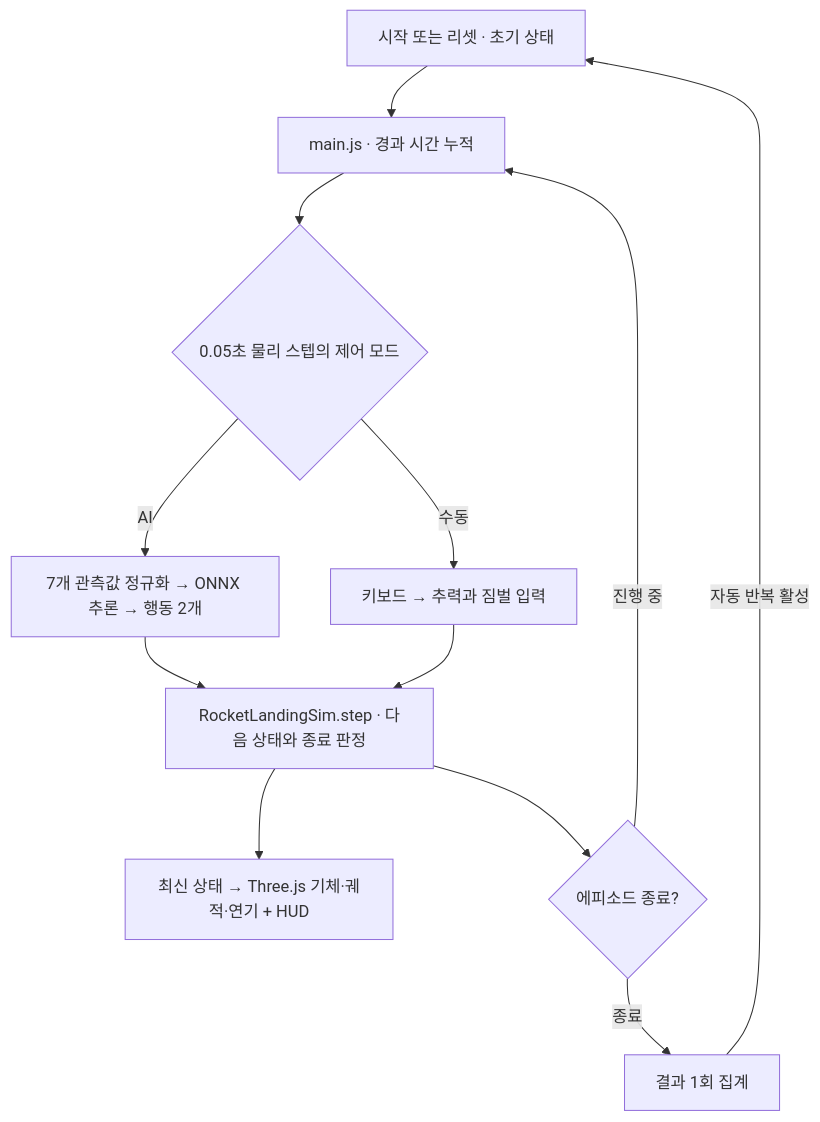
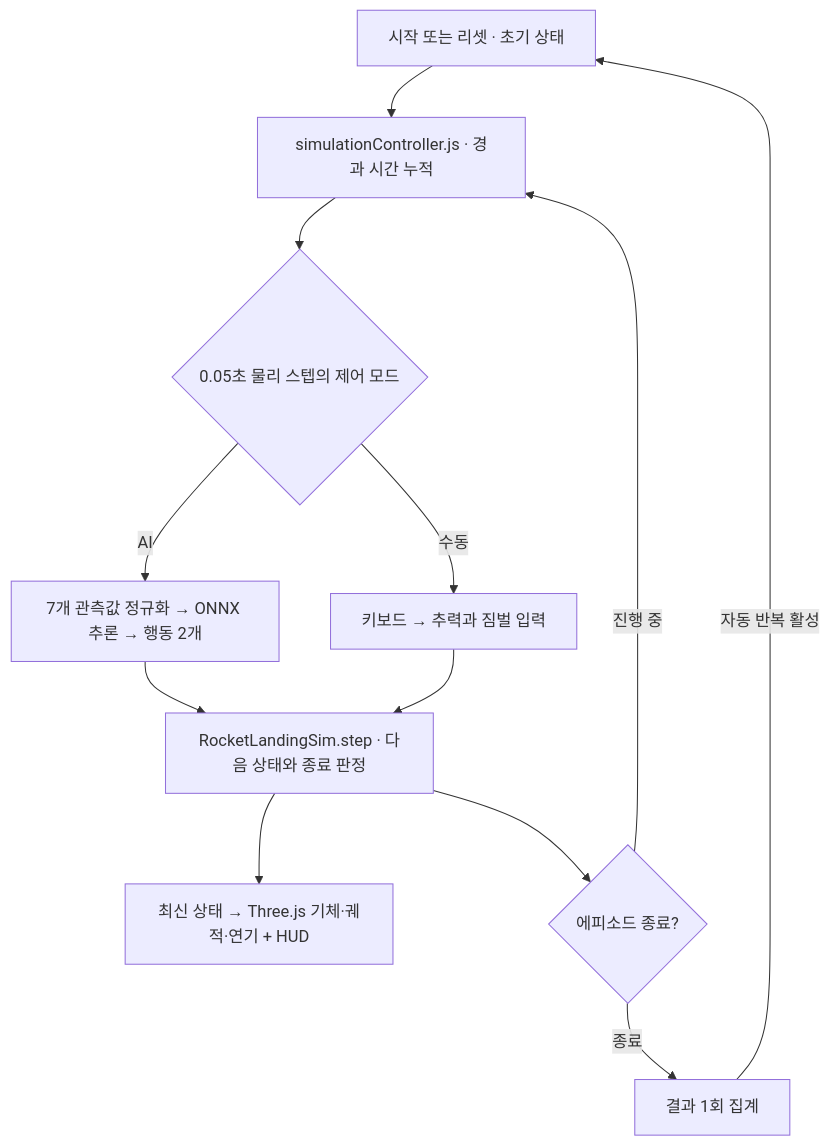
The second of 2 diagrams in docs/development-pipeline.md (woojun1111/Virtual-Launch-Lab), drawn with Mermaid before and after one commit. The commit also changed other lines of this file and 20 other files, not shown here.

````diff
--- a/docs/development-pipeline.md
+++ b/docs/development-pipeline.md
@@ -28,14 +28,14 @@
 ```mermaid
 flowchart TB
-  R["시작 또는 리셋 · 초기 상태"] --> A["main.js · 경과 시간 누적"]
+  R["시작 또는 리셋 · 초기 상태"] --> A["simulationController.js · 경과 시간 누적"]
   A --> M{"0.05초 물리 스텝의 제어 모드"}
   M -->|AI| I["7개 관측값 정규화 → ONNX 추론 → 행동 2개"]
   M -->|수동| K["키보드 → 추력과 짐벌 입력"]
   I --> P["RocketLandingSim.step · 다음 상태와 종료 판정"]
   K --> P
   P --> D["최신 상태 → Three.js 기체·궤적·연기 + HUD"]
   P --> F{"에피소드 종료?"}
   F -->|진행 중| A
   F -->|종료| S["결과 1회 집계"]
   S -->|자동 반복 활성| R
 ```
````
